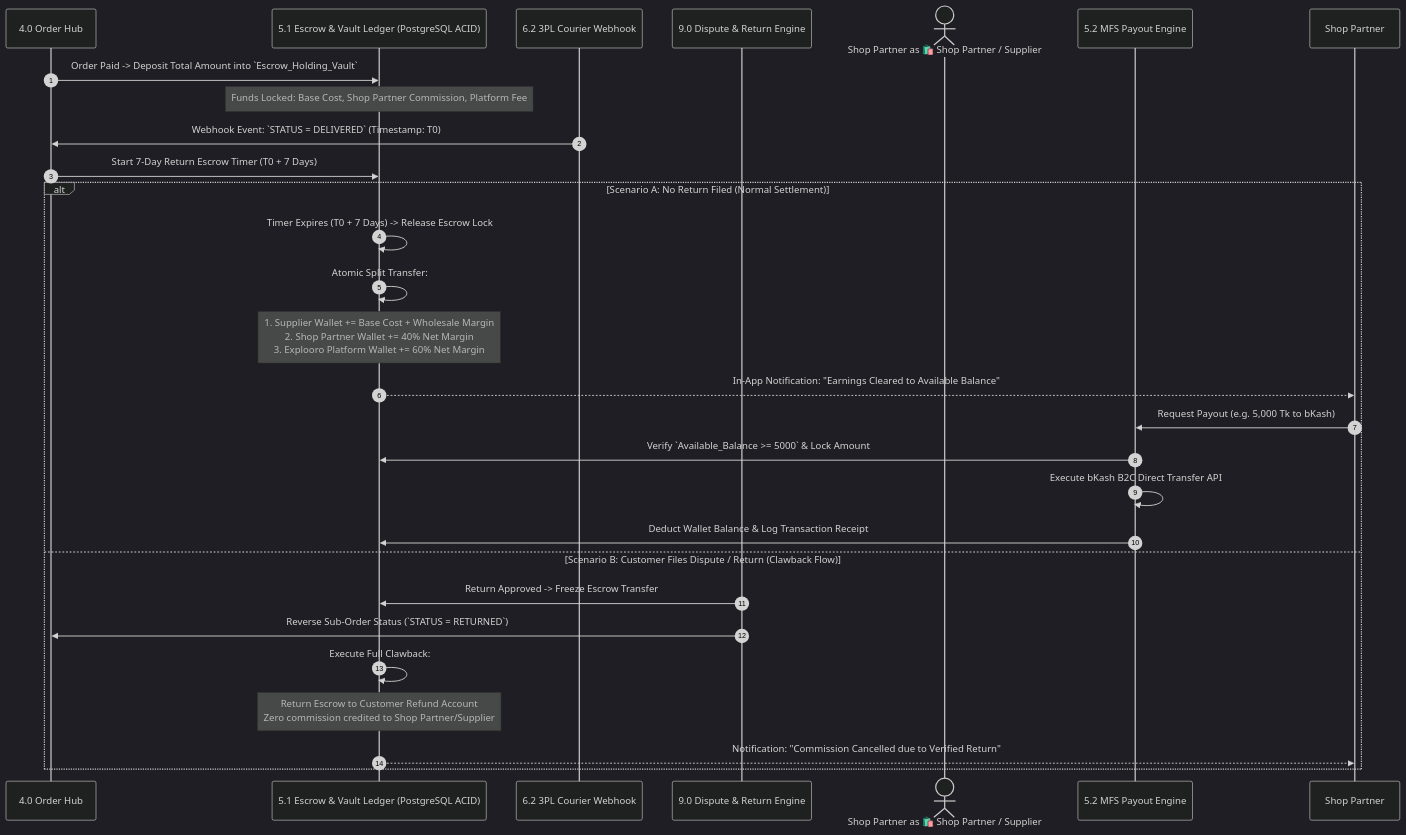
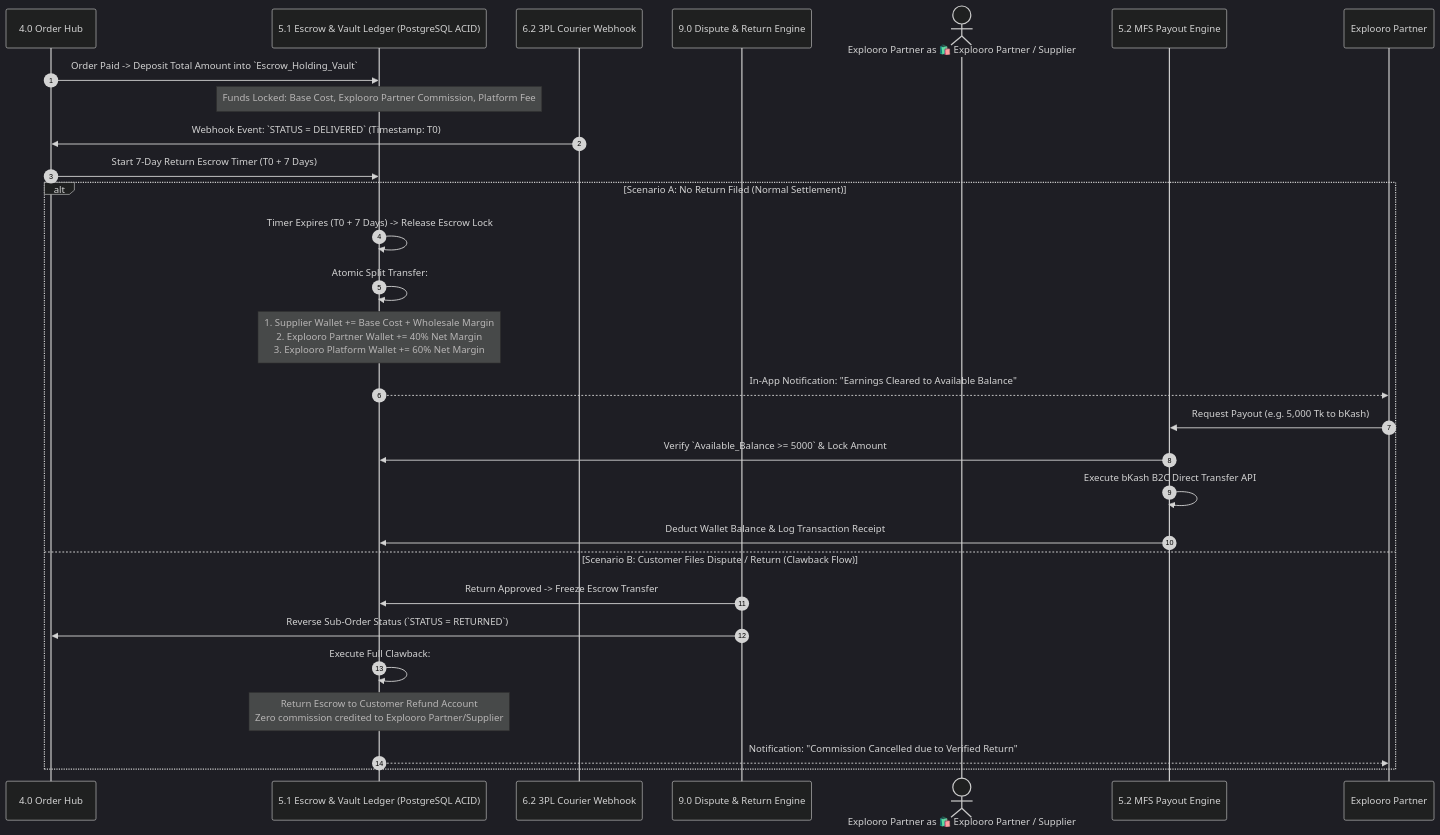
Before and after one commit to ashrafulta2/Explooro: the fourth of 18 diagrams in docs/DFD.md, drawn with Mermaid (dark theme). The commit also changed other lines of this file and 431 other files, not shown here.

````diff
--- a/docs/DFD.md
+++ b/docs/DFD.md
@@ -209,35 +209,35 @@
 ```mermaid
 sequenceDiagram
     autonumber
     participant OrderHub as 4.0 Order Hub
     participant Vault as 5.1 Escrow & Vault Ledger (PostgreSQL ACID)
     participant CourierHook as 6.2 3PL Courier Webhook
     participant DisputeEngine as 9.0 Dispute & Return Engine
-    actor Shop Partner as 🛍️ Shop Partner / Supplier
+    actor Explooro Partner as 🛍️ Explooro Partner / Supplier
     participant Payout as 5.2 MFS Payout Engine
 
     OrderHub->>Vault: Order Paid -> Deposit Total Amount into `Escrow_Holding_Vault`
-    Note over Vault: Funds Locked: Base Cost, Shop Partner Commission, Platform Fee
+    Note over Vault: Funds Locked: Base Cost, Explooro Partner Commission, Platform Fee
 
     CourierHook->>OrderHub: Webhook Event: `STATUS = DELIVERED` (Timestamp: T0)
     OrderHub->>Vault: Start 7-Day Return Escrow Timer (T0 + 7 Days)
 
     alt Scenario A: No Return Filed (Normal Settlement)
         Vault->>Vault: Timer Expires (T0 + 7 Days) -> Release Escrow Lock
         Vault->>Vault: Atomic Split Transfer:
-        Note over Vault: 1. Supplier Wallet += Base Cost + Wholesale Margin<br/>2. Shop Partner Wallet += 40% Net Margin<br/>3. Explooro Platform Wallet += 60% Net Margin
-        Vault-->>Shop Partner: In-App Notification: "Earnings Cleared to Available Balance"
+        Note over Vault: 1. Supplier Wallet += Base Cost + Wholesale Margin<br/>2. Explooro Partner Wallet += 40% Net Margin<br/>3. Explooro Platform Wallet += 60% Net Margin
+        Vault-->>Explooro Partner: In-App Notification: "Earnings Cleared to Available Balance"
         
-        Shop Partner->>Payout: Request Payout (e.g. 5,000 Tk to bKash)
+        Explooro Partner->>Payout: Request Payout (e.g. 5,000 Tk to bKash)
         Payout->>Vault: Verify `Available_Balance >= 5000` & Lock Amount
         Payout->>Payout: Execute bKash B2C Direct Transfer API
         Payout->>Vault: Deduct Wallet Balance & Log Transaction Receipt
         
     else Scenario B: Customer Files Dispute / Return (Clawback Flow)
         DisputeEngine->>Vault: Return Approved -> Freeze Escrow Transfer
         DisputeEngine->>OrderHub: Reverse Sub-Order Status (`STATUS = RETURNED`)
         Vault->>Vault: Execute Full Clawback:
-        Note over Vault: Return Escrow to Customer Refund Account<br/>Zero commission credited to Shop Partner/Supplier
-        Vault-->>Shop Partner: Notification: "Commission Cancelled due to Verified Return"
+        Note over Vault: Return Escrow to Customer Refund Account<br/>Zero commission credited to Explooro Partner/Supplier
+        Vault-->>Explooro Partner: Notification: "Commission Cancelled due to Verified Return"
     end
 ```
````
